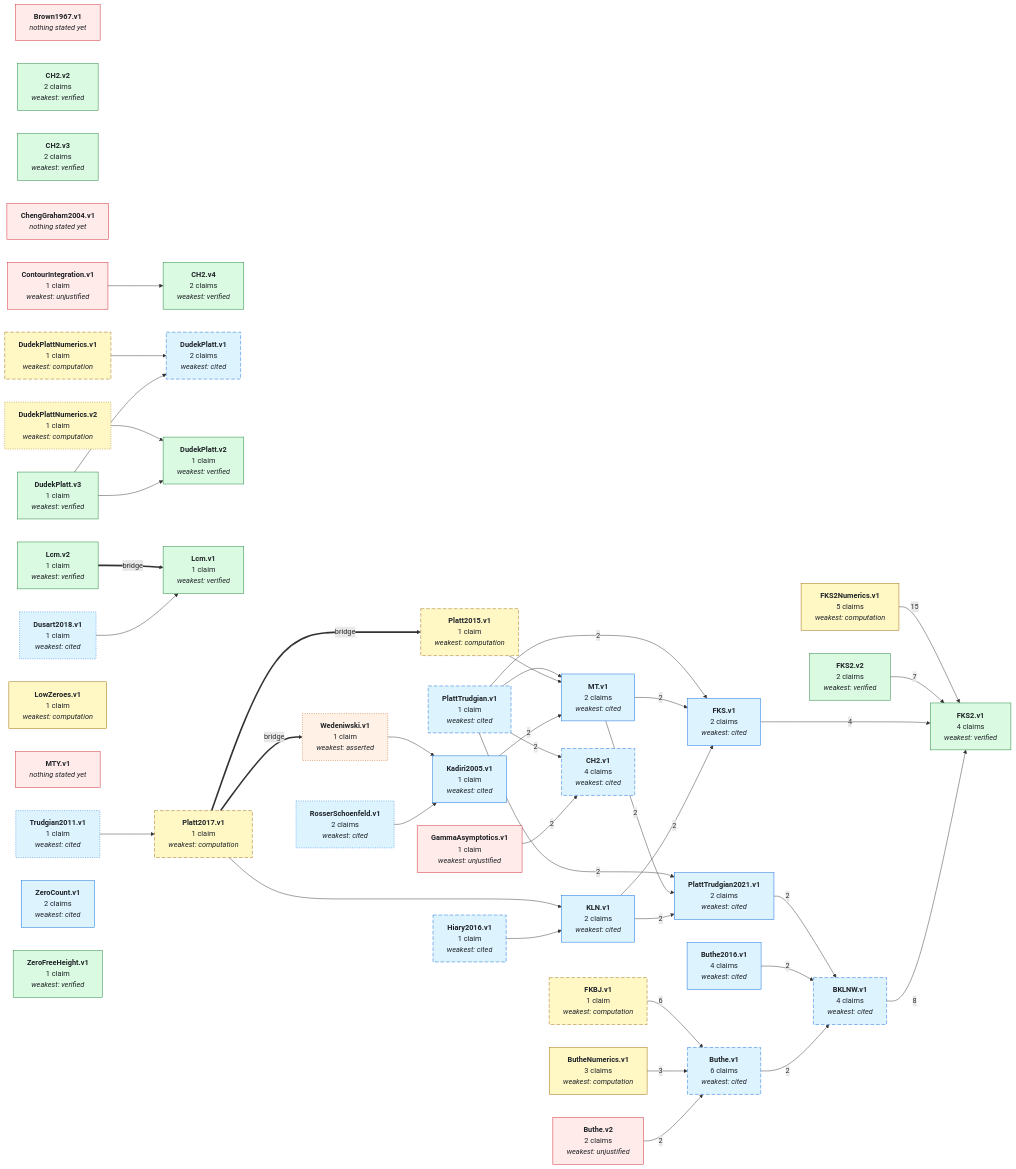
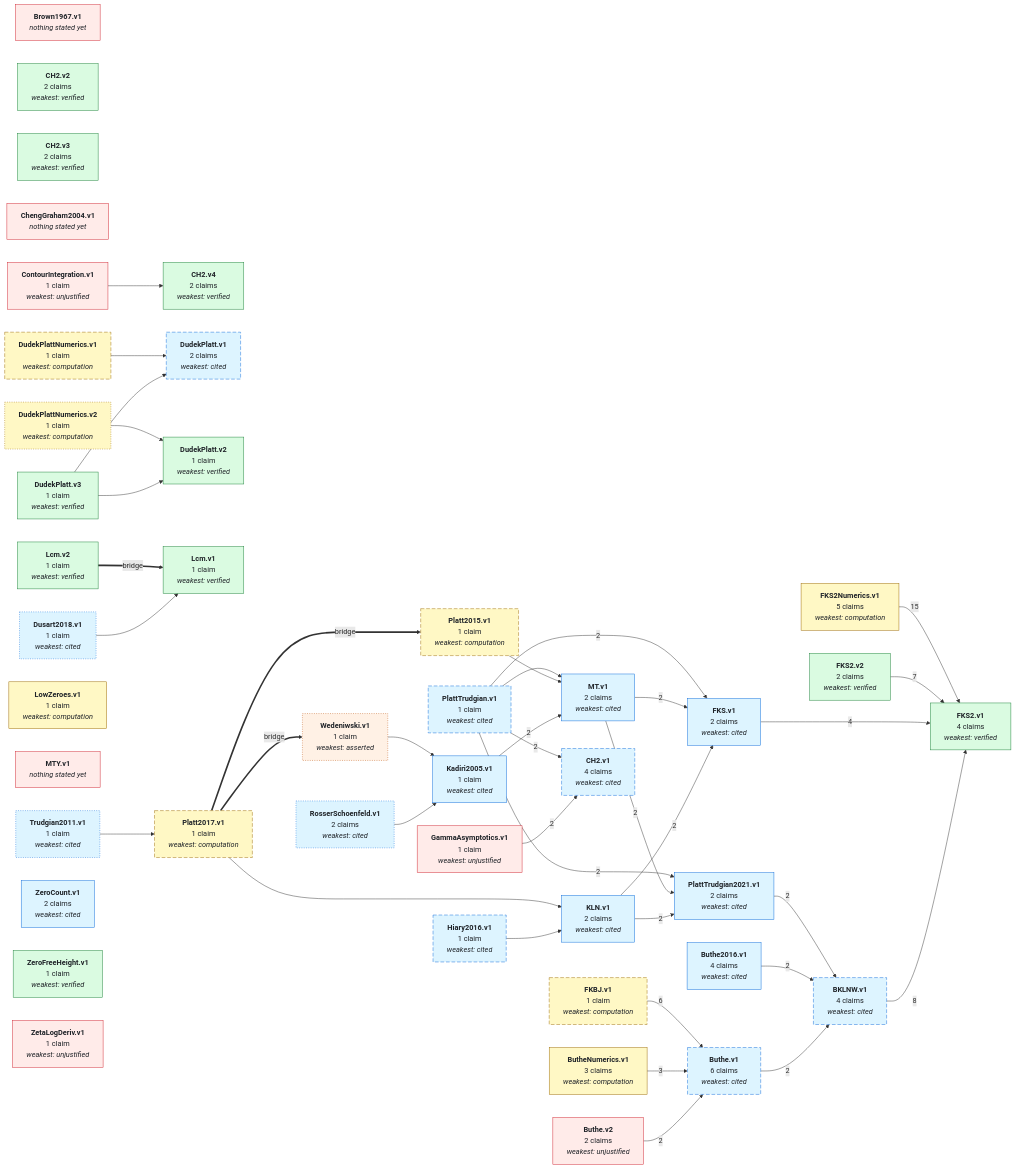
One commit to teorth/IEANTN changed the first of 2 diagrams in GRAPH.md. Above: the diagram before and after it, drawn with Mermaid. The commit also changed other lines of this file and 8 other files, not shown here.

```diff
--- a/GRAPH.md
+++ b/GRAPH.md
@@ -93,6 +93,7 @@
   NWedeniwski_v1["<b>Wedeniwski.v1</b><br/>1 claim<br/><i>weakest: asserted</i>"]
   NZeroCount_v1["<b>ZeroCount.v1</b><br/>2 claims<br/><i>weakest: cited</i>"]
   NZeroFreeHeight_v1["<b>ZeroFreeHeight.v1</b><br/>1 claim<br/><i>weakest: verified</i>"]
+  NZetaLogDeriv_v1["<b>ZetaLogDeriv.v1</b><br/>1 claim<br/><i>weakest: unjustified</i>"]
   NBKLNW_v1 -->|8| NFKS2_v1
   NButhe_v1 -->|2| NBKLNW_v1
   NButhe_v2 -->|2| NButhe_v1
@@ -143,7 +144,7 @@
   style NRosserSchoenfeld_v1 stroke-dasharray: 2 3;
   style NTrudgian2011_v1 stroke-dasharray: 2 3;
   style NWedeniwski_v1 stroke-dasharray: 2 3;
-  class NBrown1967_v1,NButhe_v2,NChengGraham2004_v1,NContourIntegration_v1,NGammaAsymptotics_v1,NMTY_v1 none_yet;
+  class NBrown1967_v1,NButhe_v2,NChengGraham2004_v1,NContourIntegration_v1,NGammaAsymptotics_v1,NMTY_v1,NZetaLogDeriv_v1 none_yet;
   class NWedeniwski_v1 asserted;
   class NBKLNW_v1,NButhe_v1,NButhe2016_v1,NCH2_v1,NDudekPlatt_v1,NDusart2018_v1,NFKS_v1,NHiary2016_v1,NKLN_v1,NKadiri2005_v1,NMT_v1,NPlattTrudgian_v1,NPlattTrudgian2021_v1,NRosserSchoenfeld_v1,NTrudgian2011_v1,NZeroCount_v1 literature;
   class NButheNumerics_v1,NDudekPlattNumerics_v1,NDudekPlattNumerics_v2,NFKBJ_v1,NFKS2Numerics_v1,NLowZeroes_v1,NPlatt2015_v1,NPlatt2017_v1 numerical;
@@ -186,6 +187,7 @@
   click NWedeniwski_v1 href "https://github.com/teorth/IEANTN/blob/main/docs/nodes/Wedeniwski-v1.md" _blank
   click NZeroCount_v1 href "https://github.com/teorth/IEANTN/blob/main/docs/nodes/ZeroCount-v1.md" _blank
   click NZeroFreeHeight_v1 href "https://github.com/teorth/IEANTN/blob/main/docs/nodes/ZeroFreeHeight-v1.md" _blank
+  click NZetaLogDeriv_v1 href "https://github.com/teorth/IEANTN/blob/main/docs/nodes/ZetaLogDeriv-v1.md" _blank
   classDef lean_comparator fill:#dafbe1,stroke:#1a7f37,color:#1f2328;
   classDef lean_comparator_stale fill:#e9f7ec,stroke:#2da44e,color:#1f2328;
   classDef lean_comparator_drifted fill:#eef2ef,stroke:#8b949e,color:#1f2328;
```
